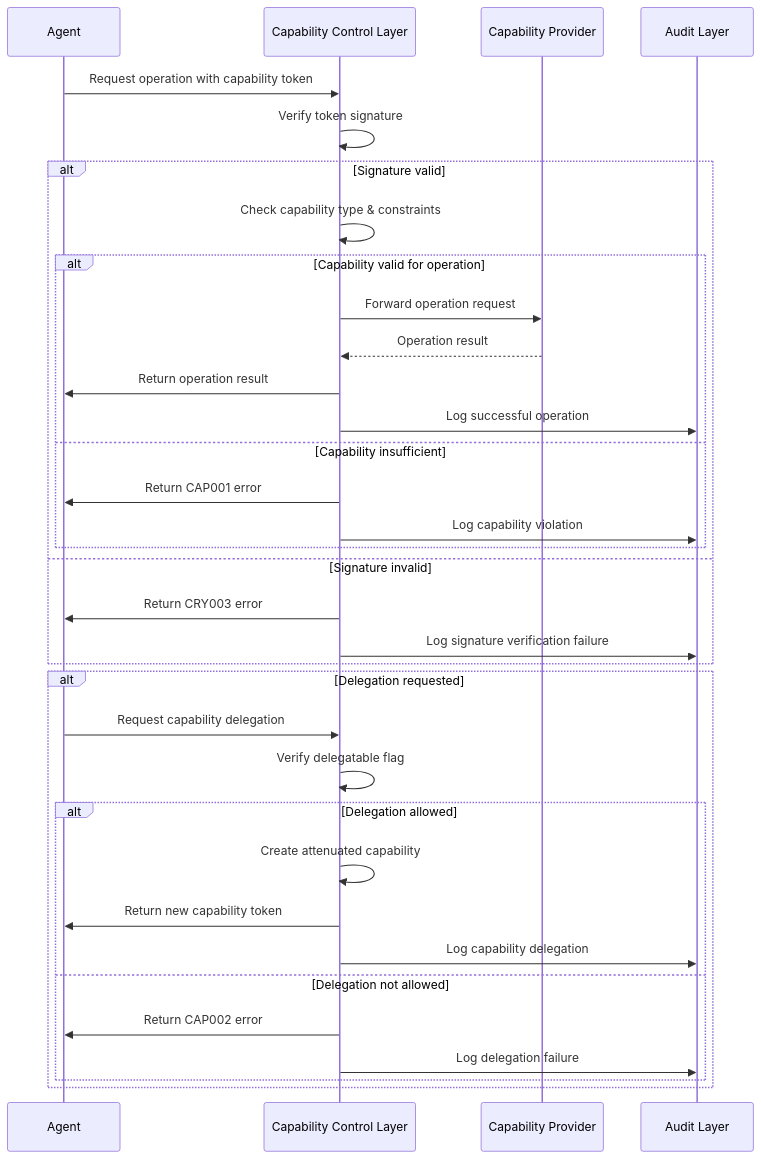
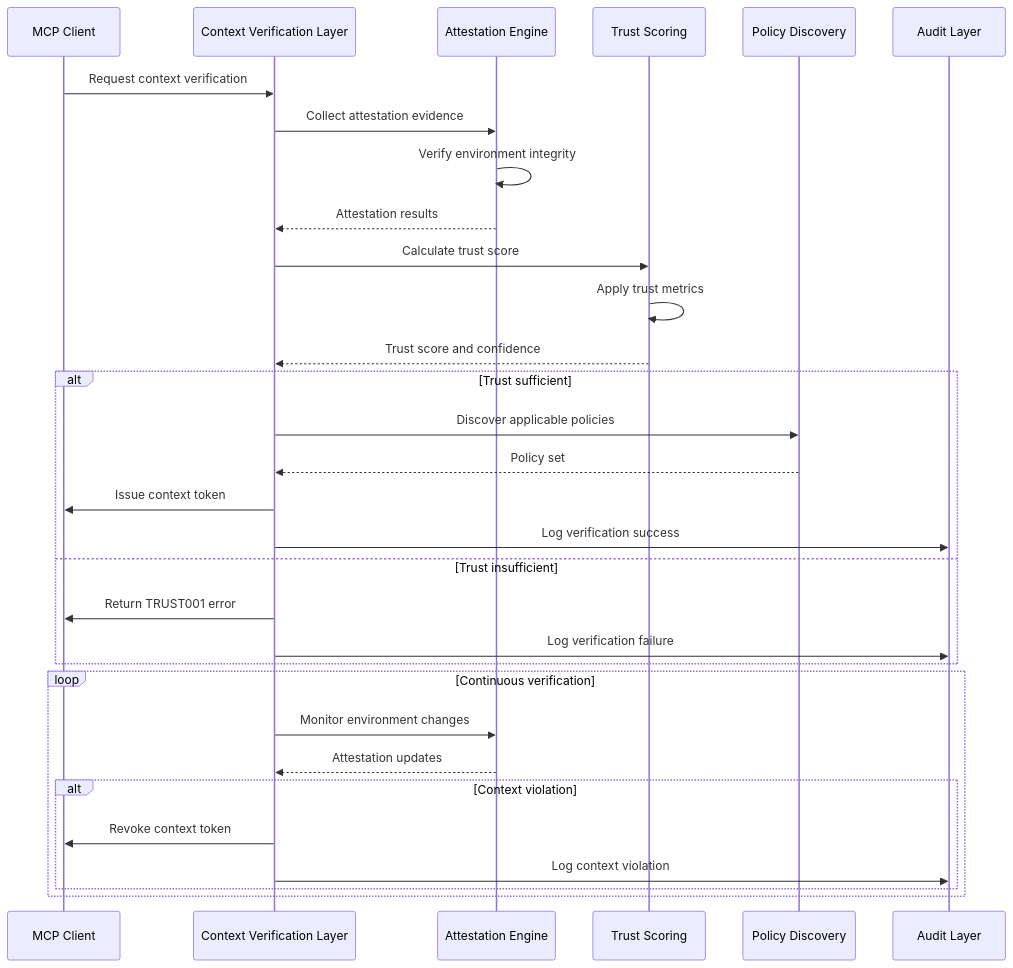
The third of 8 diagrams in 6-diags-mermaid.md (nshkrdotcom/GUARDRAIL), drawn with Mermaid before and after one commit. The commit also changed other lines of this file and 7 other files, not shown here.

````diff
--- a/6-diags-mermaid.md
+++ b/6-diags-mermaid.md
@@ -254,44 +122,39 @@
 ```mermaid
 sequenceDiagram
-    participant EA as Agent
-    participant CCL as Capability Control Layer
-    participant CP as Capability Provider
-    participant ACL as Audit Layer
+    participant MC as MCP Client
+    participant CVL as Context Verification Layer
+    participant AE as Attestation Engine
+    participant TS as Trust Scoring
+    participant PD as Policy Discovery
+    participant AML as Audit Layer
     
-    EA->>CCL: Request operation with capability token
-    CCL->>CCL: Verify token signature
+    MC->>CVL: Request context verification
+    CVL->>AE: Collect attestation evidence
+    AE->>AE: Verify environment integrity
+    AE-->>CVL: Attestation results
     
-    alt Signature valid
-        CCL->>CCL: Check capability type & constraints
+    CVL->>TS: Calculate trust score
+    TS->>TS: Apply trust metrics
+    TS-->>CVL: Trust score and confidence
+    
+    alt Trust sufficient
+        CVL->>PD: Discover applicable policies
+        PD-->>CVL: Policy set
+        CVL->>MC: Issue context token
+        CVL->>AML: Log verification success
         
-        alt Capability valid for operation
-            CCL->>CP: Forward operation request
-            CP-->>CCL: Operation result
-            CCL->>EA: Return operation result
-            CCL->>ACL: Log successful operation
-            
-        else Capability insufficient
-            CCL->>EA: Return CAP001 error
-            CCL->>ACL: Log capability violation
-        end
-        
-    else Signature invalid
-        CCL->>EA: Return CRY003 error
-        CCL->>ACL: Log signature verification failure
+    else Trust insufficient
+        CVL->>MC: Return TRUST001 error
+        CVL->>AML: Log verification failure
     end
     
-    alt Delegation requested
-        EA->>CCL: Request capability delegation
-        CCL->>CCL: Verify delegatable flag
+    loop Continuous verification
+        CVL->>AE: Monitor environment changes
+        AE-->>CVL: Attestation updates
         
-        alt Delegation allowed
-            CCL->>CCL: Create attenuated capability
-            CCL->>EA: Return new capability token
-            CCL->>ACL: Log capability delegation
-            
-        else Delegation not allowed
-            CCL->>EA: Return CAP002 error
-            CCL->>ACL: Log delegation failure
+        alt Context violation
+            CVL->>MC: Revoke context token
+            CVL->>AML: Log context violation
         end
     end
 ```
````
